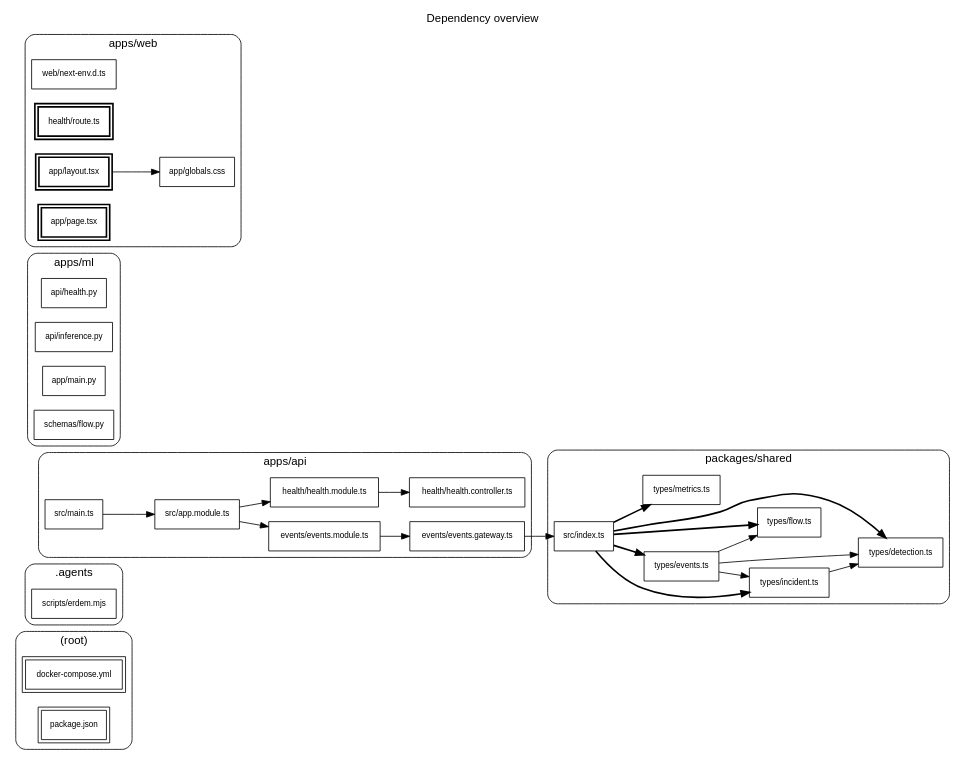
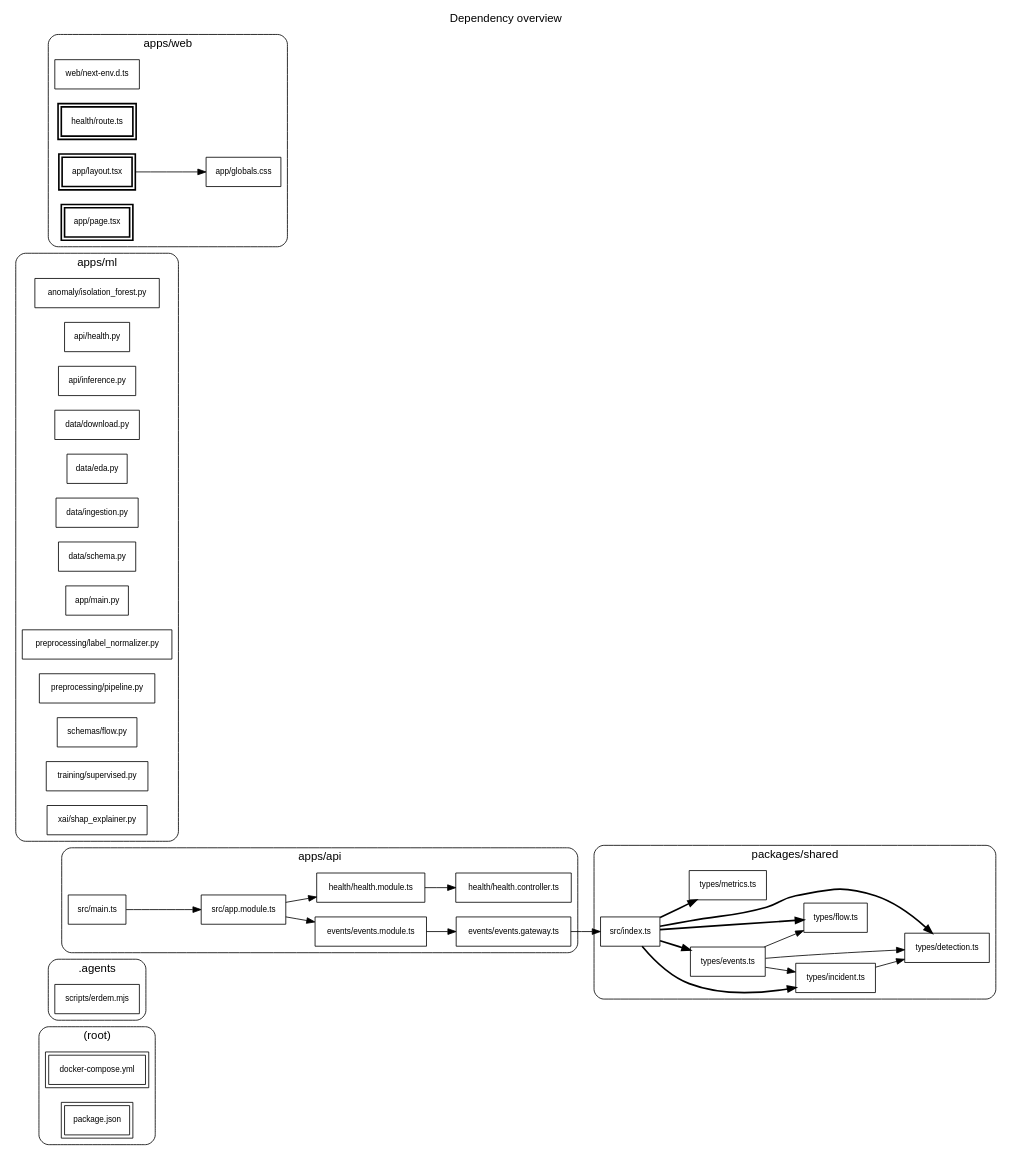
The diagram in .ai/graph/graph.dot (ErdemYy/NetSentry), drawn with Graphviz before and after one commit. The commit also changed 41 other files, not shown here.

Commit message:
feat: complete phase 1 dataset and baseline ml (ingestion, eda, leakage checks, lightgbm, isolation forest, shap)

```diff
--- a/.ai/graph/graph.dot
+++ b/.ai/graph/graph.dot
@@ -1,63 +1,72 @@
 digraph "project_intel" {
   graph [rankdir=LR, fontname="Helvetica", labelloc=t, label="Dependency overview"];
   node [shape=box, fontname="Helvetica", fontsize=10];
   edge [fontname="Helvetica", fontsize=9];
   subgraph cluster_3a52ce78 {
     label="(root)"; style=rounded;
     n35b8c13c [label="docker-compose.yml", peripheries=2];
     n7030d0b2 [label="package.json", peripheries=2];
   }
   subgraph cluster_55eb8eee {
     label=".agents"; style=rounded;
     nbe9c72a0 [label="scripts/erdem.mjs"];
   }
   subgraph cluster_73776ec8 {
     label="apps/api"; style=rounded;
     nec28db8b [label="src/app.module.ts"];
     n0808c694 [label="events/events.gateway.ts"];
     n854d837f [label="events/events.module.ts"];
     nd046f3c6 [label="health/health.controller.ts"];
     naba0fc26 [label="health/health.module.ts"];
     n338ea8c7 [label="src/main.ts"];
   }
   subgraph cluster_368ad0cd {
     label="apps/ml"; style=rounded;
+    n9085e1e2 [label="anomaly/isolation_forest.py"];
     n05b2672a [label="api/health.py"];
     n6bbfe0f3 [label="api/inference.py"];
+    nc1d951fa [label="data/download.py"];
+    n0cd89336 [label="data/eda.py"];
+    ne3a15c3a [label="data/ingestion.py"];
+    nc17c857f [label="data/schema.py"];
     n9be4b79c [label="app/main.py"];
+    n9d35f8c3 [label="preprocessing/label_normalizer.py"];
+    n5bdea03e [label="preprocessing/pipeline.py"];
     naa1c7bbc [label="schemas/flow.py"];
+    nac9391c1 [label="training/supervised.py"];
+    n62f2da0e [label="xai/shap_explainer.py"];
   }
   subgraph cluster_8972e234 {
     label="apps/web"; style=rounded;
     n8076096b [label="web/next-env.d.ts"];
     ne0eb2c1f [label="health/route.ts", peripheries=2, style="bold"];
     n4306ffba [label="app/globals.css"];
     nf79a94b8 [label="app/layout.tsx", peripheries=2, style="bold"];
     n0d6d11c3 [label="app/page.tsx", peripheries=2, style="bold"];
   }
   subgraph cluster_f021f83d {
     label="packages/shared"; style=rounded;
     nc4a79788 [label="src/index.ts"];
     n36707835 [label="types/detection.ts"];
     nc80fea85 [label="types/events.ts"];
     n30ddfb3b [label="types/flow.ts"];
     n43e205d0 [label="types/incident.ts"];
     n9c18c09c [label="types/metrics.ts"];
   }
   nec28db8b -> n854d837f;
   nec28db8b -> naba0fc26;
   n0808c694 -> nc4a79788;
   n854d837f -> n0808c694;
   naba0fc26 -> nd046f3c6;
   n338ea8c7 -> nec28db8b;
   nf79a94b8 -> n4306ffba;
   nc4a79788 -> n36707835 [penwidth=2];
   nc4a79788 -> nc80fea85 [penwidth=2];
   nc4a79788 -> n30ddfb3b [penwidth=2];
   nc4a79788 -> n43e205d0 [penwidth=2];
   nc4a79788 -> n9c18c09c [penwidth=2];
   nc80fea85 -> n36707835;
   nc80fea85 -> n30ddfb3b;
   nc80fea85 -> n43e205d0;
   n43e205d0 -> n36707835;
 }
```
